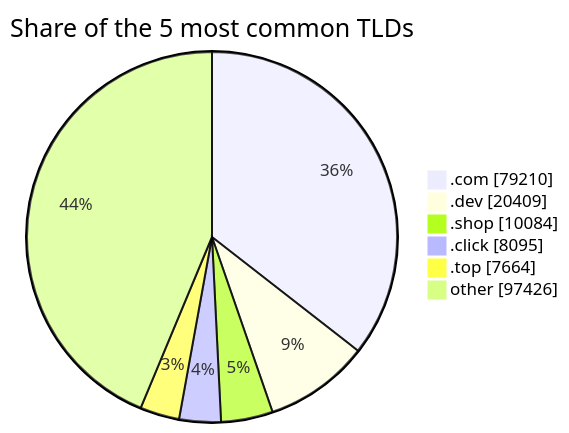
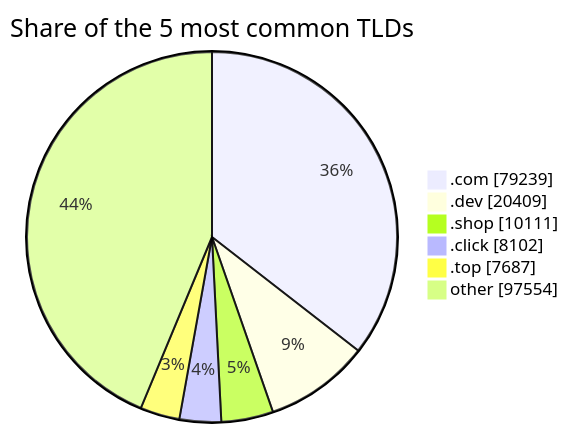
Before and after one commit to DNSBunker/CTI: the third of 3 diagrams in README.md, drawn with Mermaid. The commit also changed other lines of this file and 3 other files, not shown here.

````diff
--- a/README.md
+++ b/README.md
@@ -81,9 +81,9 @@
 ```mermaid
 pie showData title Share of the 5 most common TLDs
-    ".com" : 79210
+    ".com" : 79239
     ".dev" : 20409
-    ".shop" : 10084
-    ".click" : 8095
-    ".top" : 7664
-    "other" : 97426
+    ".shop" : 10111
+    ".click" : 8102
+    ".top" : 7687
+    "other" : 97554
 ```
````
